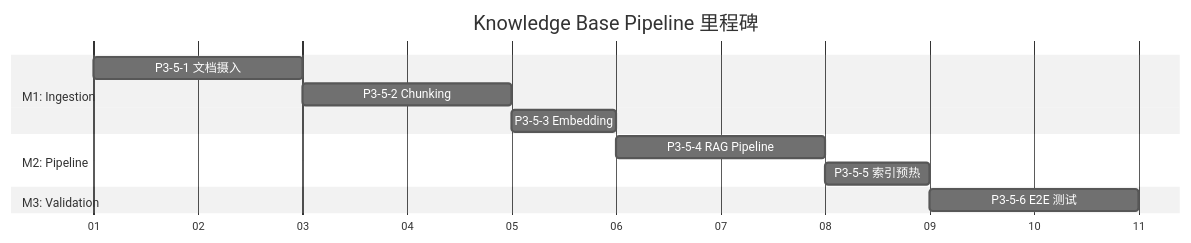
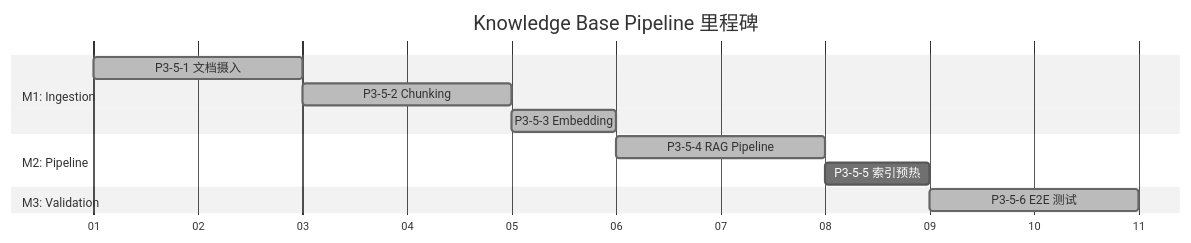
Before and after one commit to ThreeFish-AI/agentic-ai-papers: diagram 11 of 12 in docs/engine/030-the-perception.md, drawn with Mermaid (neutral theme). The commit also changed other lines of this file, not shown here.

````diff
--- a/docs/engine/030-the-perception.md
+++ b/docs/engine/030-the-perception.md
@@ -1272,18 +1272,18 @@
 ```mermaid
 gantt
     title Knowledge Base Pipeline 里程碑
     dateFormat DD
     axisFormat %d
 
     section M1: Ingestion
-    P3-5-1 文档摄入 :a1, 01, 2d
-    P3-5-2 Chunking :a2, after a1, 2d
-    P3-5-3 Embedding :a3, after a2, 1d
+    P3-5-1 文档摄入 :done, a1, 01, 2d
+    P3-5-2 Chunking :done, a2, after a1, 2d
+    P3-5-3 Embedding :done, a3, after a2, 1d
 
     section M2: Pipeline
-    P3-5-4 RAG Pipeline :b1, after a3, 2d
+    P3-5-4 RAG Pipeline :done, b1, after a3, 2d
     P3-5-5 索引预热 :b2, after b1, 1d
 
     section M3: Validation
-    P3-5-6 E2E 测试 :c1, after b2, 2d
+    P3-5-6 E2E 测试 :done, c1, after b2, 2d
 ```
````
